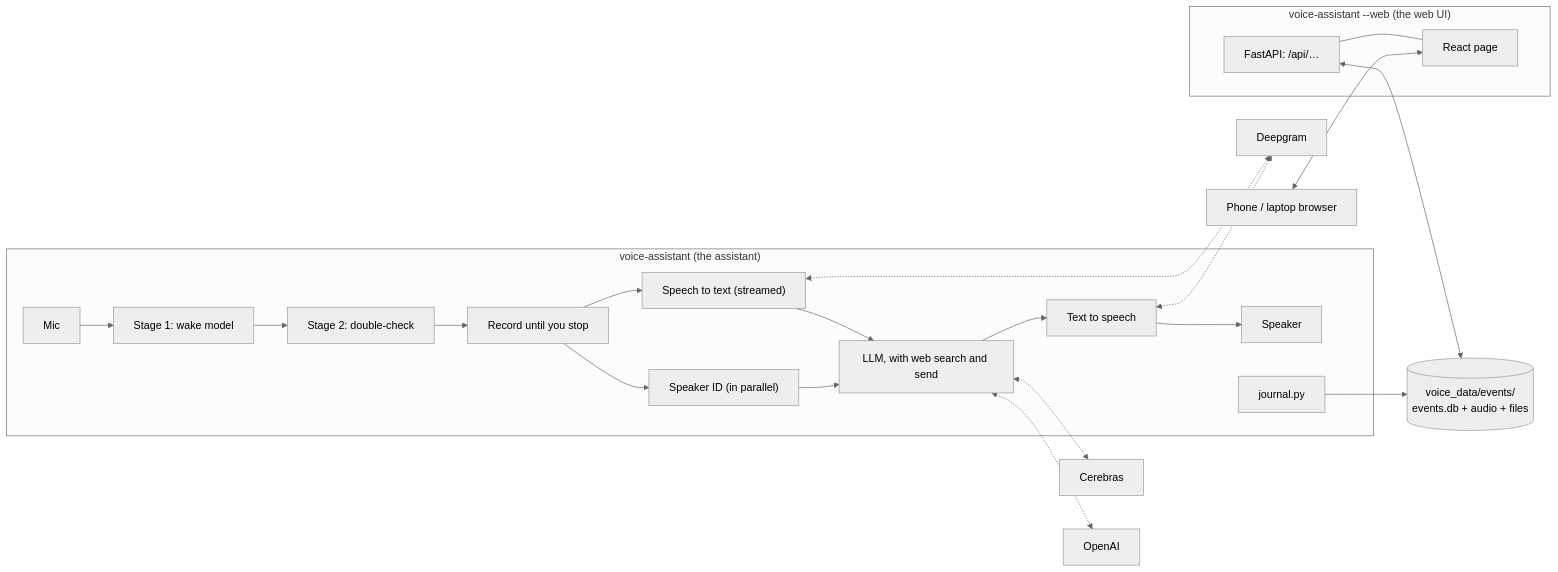
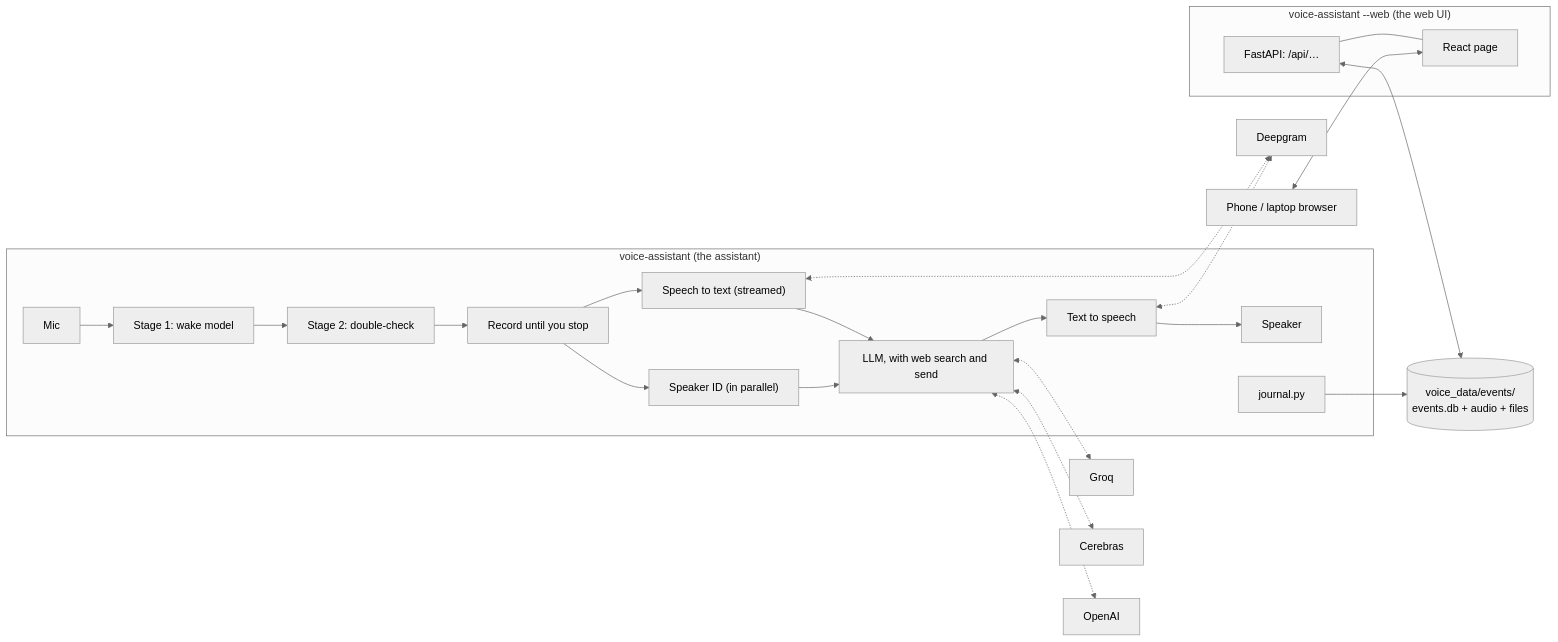
One commit to alon-pilosoph/tars changed the diagram in docs/architecture.md. Above: the diagram before and after it, drawn with Mermaid (neutral theme). The commit also changed other lines of this file and 27 other files, not shown here.

````diff
--- a/docs/architecture.md
+++ b/docs/architecture.md
@@ -18,19 +20,20 @@
 ```mermaid
 flowchart LR
     subgraph assistant ["voice-assistant (the assistant)"]
         mic[Mic] --> wake["Stage 1: wake model"] --> check["Stage 2: double-check"] --> rec["Record until you stop"]
         rec --> stt["Speech to text (streamed)"] --> llm["LLM, with web search and send"] --> tts["Text to speech"] --> spk[Speaker]
         rec --> sid["Speaker ID (in parallel)"] --> llm
         journal["journal.py"]
     end
     subgraph web ["voice-assistant --web (the web UI)"]
         api["FastAPI: /api/…"] --- page["React page"]
     end
     data[("voice_data/events/<br/>events.db + audio + files")]
     journal --> data
     api <--> data
     stt & tts <-.-> deepgram["Deepgram"]
+    llm <-.-> groq["Groq"]
     llm <-.-> cerebras["Cerebras"]
     llm <-.-> openai["OpenAI"]
     phone["Phone / laptop browser"] <--> page
 ```
````
